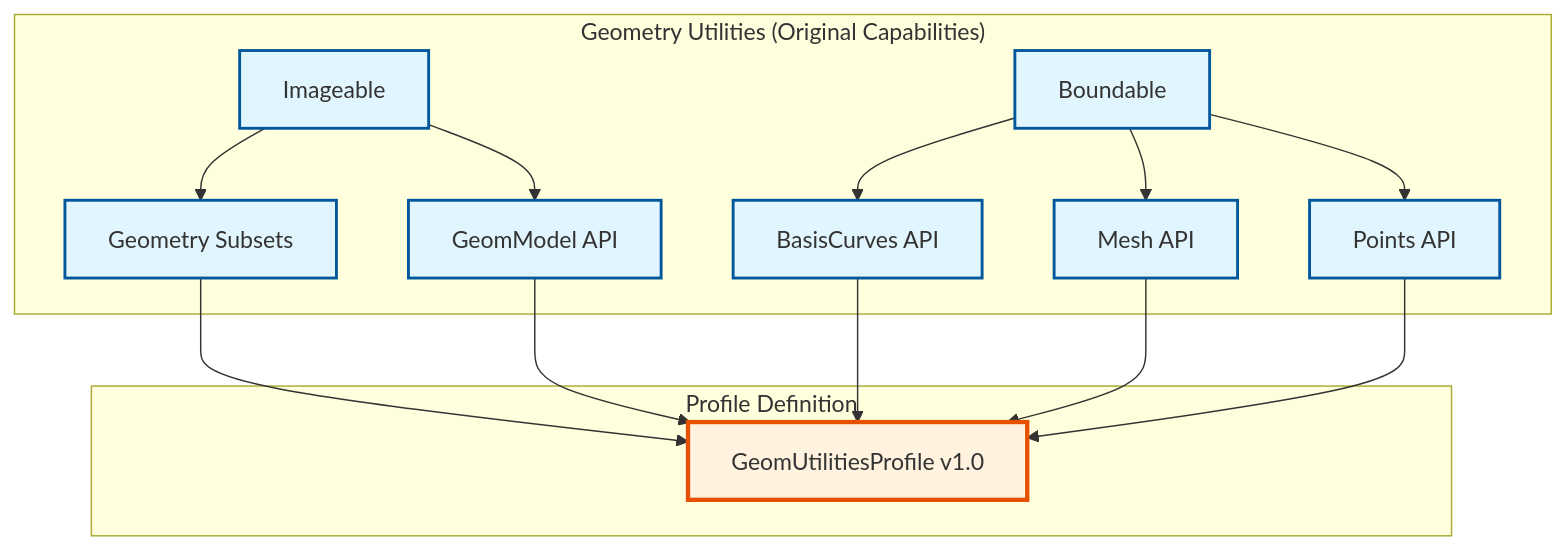
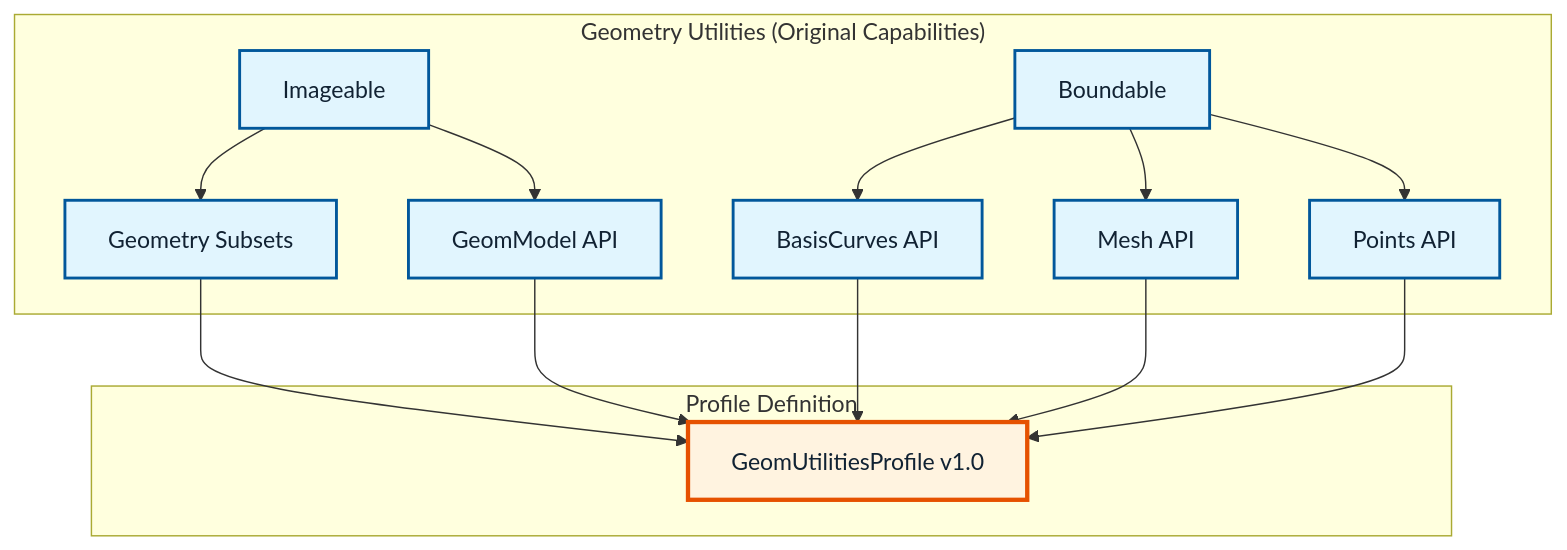
The sixth of 8 diagrams in proposals/profiles/README.md (PixarAnimationStudios/OpenUSD-proposals), drawn with Mermaid before and after one commit. The commit also changed other lines of this file, not shown here.

Commit message:
make mermaid text legible

````diff
--- a/proposals/profiles/README.md
+++ b/proposals/profiles/README.md
@@ -1025,28 +1025,28 @@
 ```mermaid
 graph TD
     subgraph S1_GeomUtils["Geometry Utilities (Original Capabilities)"]
         S1_Imageable[Imageable] --> S1_GeomSubset[Geometry Subsets]
         S1_Imageable --> S1_GeomModelAPI[GeomModel API]
         S1_Boundable[Boundable] --> S1_BasisCurvesAPI[BasisCurves API]
         S1_Boundable --> S1_MeshAPI[Mesh API]
         S1_Boundable --> S1_PointsAPI[Points API]
     end
     
     subgraph S1_Profile["Profile Definition"]
         S1_GeomUtilitiesProfile[GeomUtilitiesProfile v1.0]
     end
     
     %% All leaf capabilities feed into the profile
     S1_GeomSubset --> S1_GeomUtilitiesProfile
     S1_GeomModelAPI --> S1_GeomUtilitiesProfile
     S1_BasisCurvesAPI --> S1_GeomUtilitiesProfile
     S1_MeshAPI --> S1_GeomUtilitiesProfile
     S1_PointsAPI --> S1_GeomUtilitiesProfile
 
     %% Styling
-    classDef originalCapability fill:#e1f5fe,stroke:#01579b,stroke-width:2px
-    classDef profileNode fill:#fff3e0,stroke:#e65100,stroke-width:3px
+    classDef originalCapability fill:#e1f5fe,stroke:#01579b,stroke-width:2px,color:#112233
+    classDef profileNode fill:#fff3e0,stroke:#e65100,stroke-width:3px,color:#112233
     
     class S1_Imageable,S1_Boundable,S1_GeomSubset,S1_GeomModelAPI,S1_BasisCurvesAPI,S1_MeshAPI,S1_PointsAPI originalCapability
     class S1_GeomUtilitiesProfile profileNode
 ```
````
